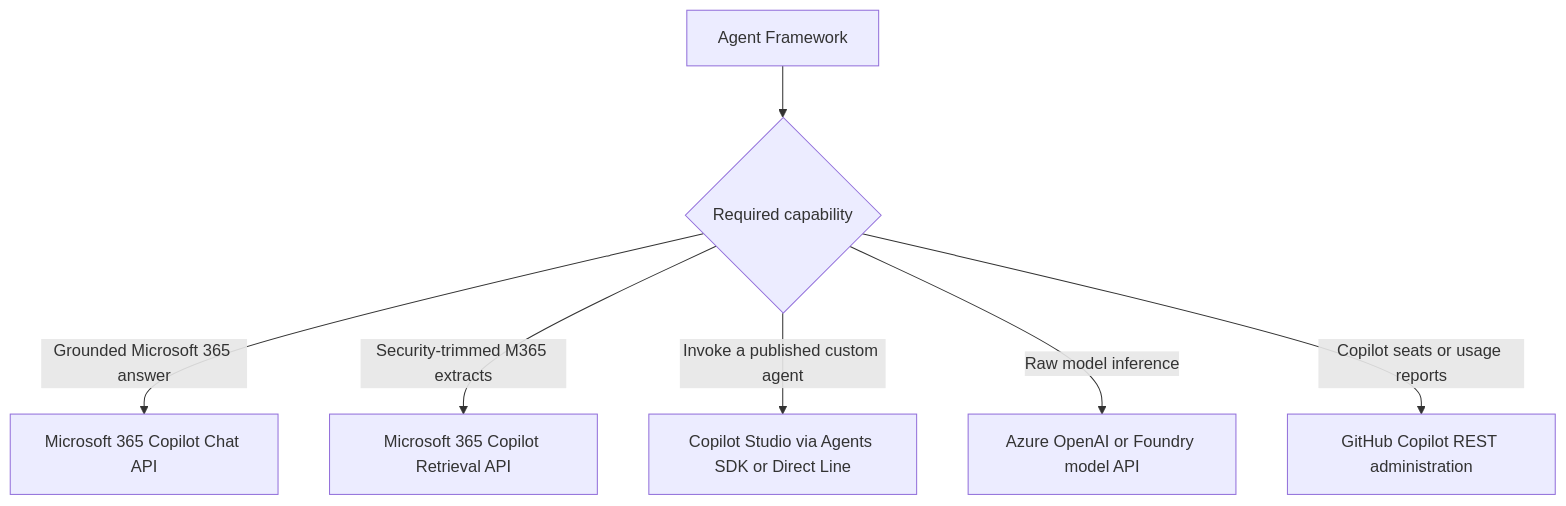
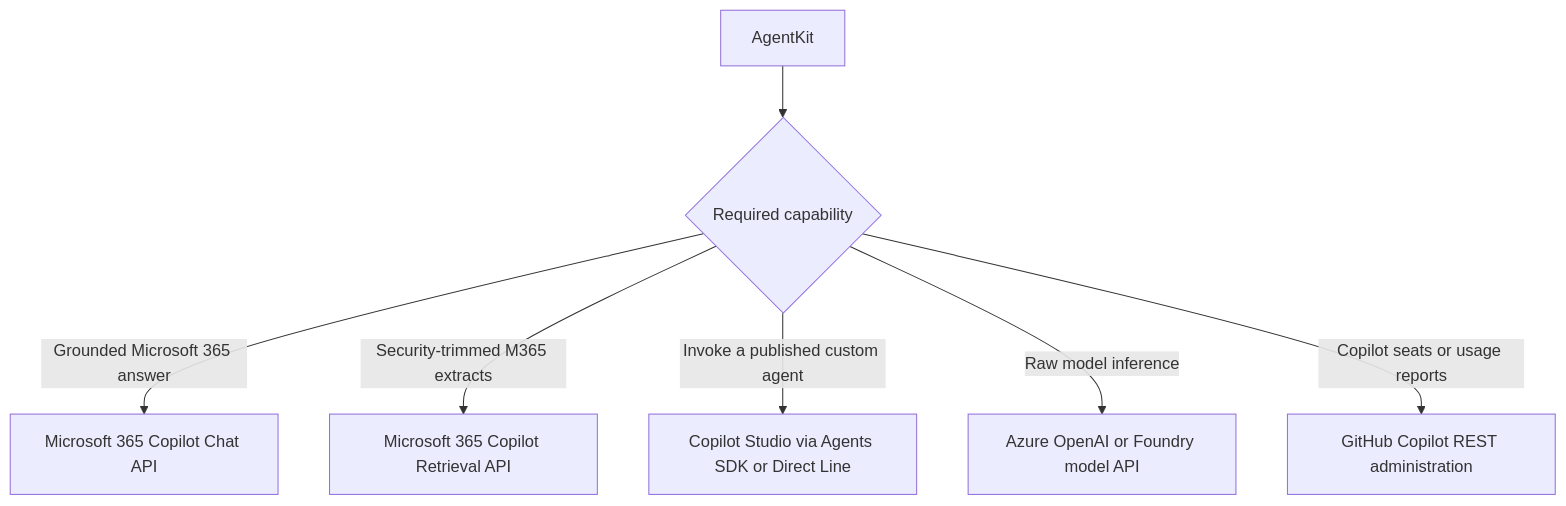
Before and after one commit to pavkam/agent-kit: the first of 3 diagrams in docs/providers/microsoft-copilot.md, drawn with Mermaid. The commit also changed 44 other files, not shown here.

Commit message:
docs: finalize AgentKit package architecture

````diff
--- a/docs/providers/microsoft-copilot.md
+++ b/docs/providers/microsoft-copilot.md
@@ -20,9 +20,9 @@
 ```mermaid
 flowchart TD
-    App[Agent Framework] --> Need{Required capability}
+    App[AgentKit] --> Need{Required capability}
     Need -->|Grounded Microsoft 365 answer| MChat[Microsoft 365 Copilot Chat API]
     Need -->|Security-trimmed M365 extracts| MRet[Microsoft 365 Copilot Retrieval API]
     Need -->|Invoke a published custom agent| Studio[Copilot Studio via Agents SDK or Direct Line]
     Need -->|Raw model inference| Foundry[Azure OpenAI or Foundry model API]
     Need -->|Copilot seats or usage reports| GitHub[GitHub Copilot REST administration]
 ```
````
